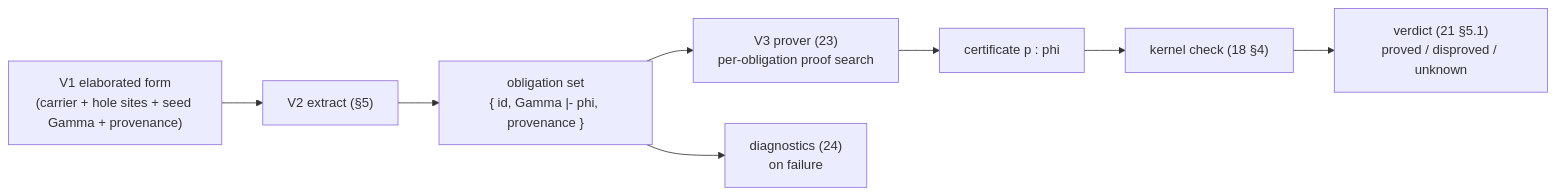
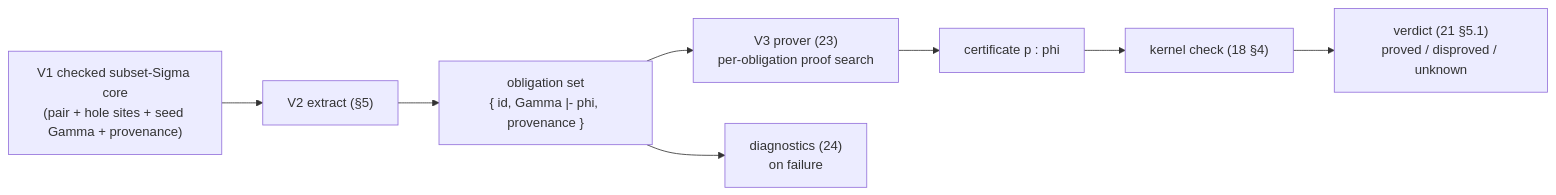
One commit to swe-toolkit/ken changed the diagram in spec/20-verification/22-obligations.md. Above: the diagram before and after it, drawn with Mermaid. The commit also changed other lines of this file and 16 other files, not shown here.

First line of the commit message:
spec: draft checked subset Sigma refinement contract

````diff
--- a/spec/20-verification/22-obligations.md
+++ b/spec/20-verification/22-obligations.md
@@ -347,10 +379,10 @@
 ```mermaid
 flowchart LR
-  v1["V1 elaborated form\n(carrier + hole sites + seed Gamma + provenance)"] --> ext["V2 extract (§5)"]
+  v1["V1 checked subset-Sigma core\n(pair + hole sites + seed Gamma + provenance)"] --> ext["V2 extract (§5)"]
   ext --> set["obligation set\n{ id, Gamma |- phi, provenance }"]
   set --> v3["V3 prover (23)\nper-obligation proof search"]
   v3 --> cert["certificate p : phi"]
   cert --> ker["kernel check (18 §4)"]
   ker --> verdict["verdict (21 §5.1)\nproved / disproved / unknown"]
   set --> diag["diagnostics (24)\non failure"]
 ```
````
